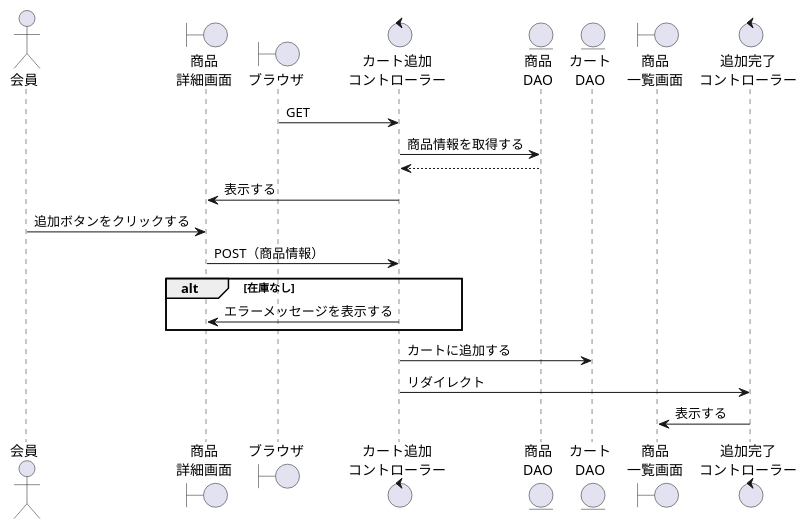
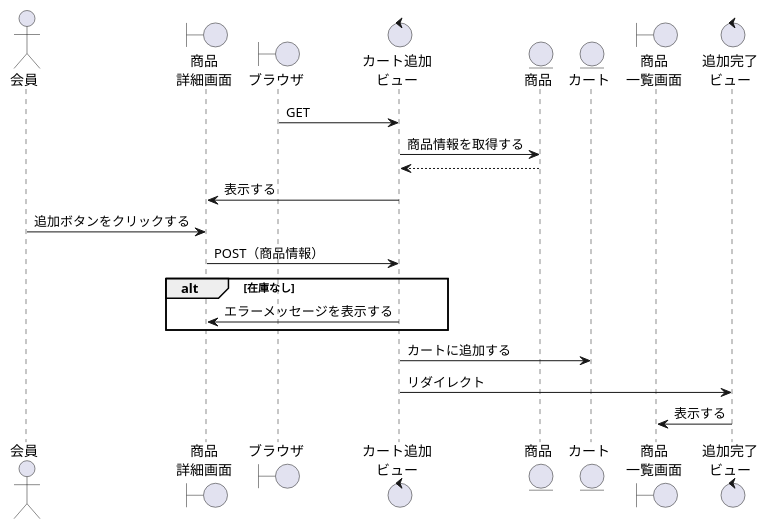
One commit to ysyk-wtnb16/team_D changed the diagram in BBショップ/カート追加.wsd. Above: the diagram before and after it, drawn with PlantUML. The commit also changed 1 other file, not shown here.

```diff
--- a/BBショップ/カート追加.wsd
+++ b/BBショップ/カート追加.wsd
@@ -1,26 +1,26 @@
 @startuml syouhin_tuika
 
 actor "会員" as act
 boundary "商品\n詳細画面" as shb
 boundary "ブラウザ" as brz
-control "カート追加\nコントローラー" as cac
-entity "商品\nDAO" as product
-entity "カート\nDAO" as cart
+control "カート追加\nビュー" as cac
+entity "商品" as product
+entity "カート" as cart
 boundary "商品\n一覧画面" as sib
-control "追加完了\nコントローラー" as shkc
+control "追加完了\nビュー" as shkc
 
 cac <- brz: GET
 cac -> product: 商品情報を取得する
 cac <-- product
 shb <- cac: 表示する
 act -> shb: 追加ボタンをクリックする
 
 shb -> cac: POST（商品情報）
 alt 在庫なし
     shb <- cac: エラーメッセージを表示する
 end
 cac -> cart: カートに追加する
 cac -> shkc: リダイレクト
 sib <- shkc: 表示する        
 
 @enduml
```
